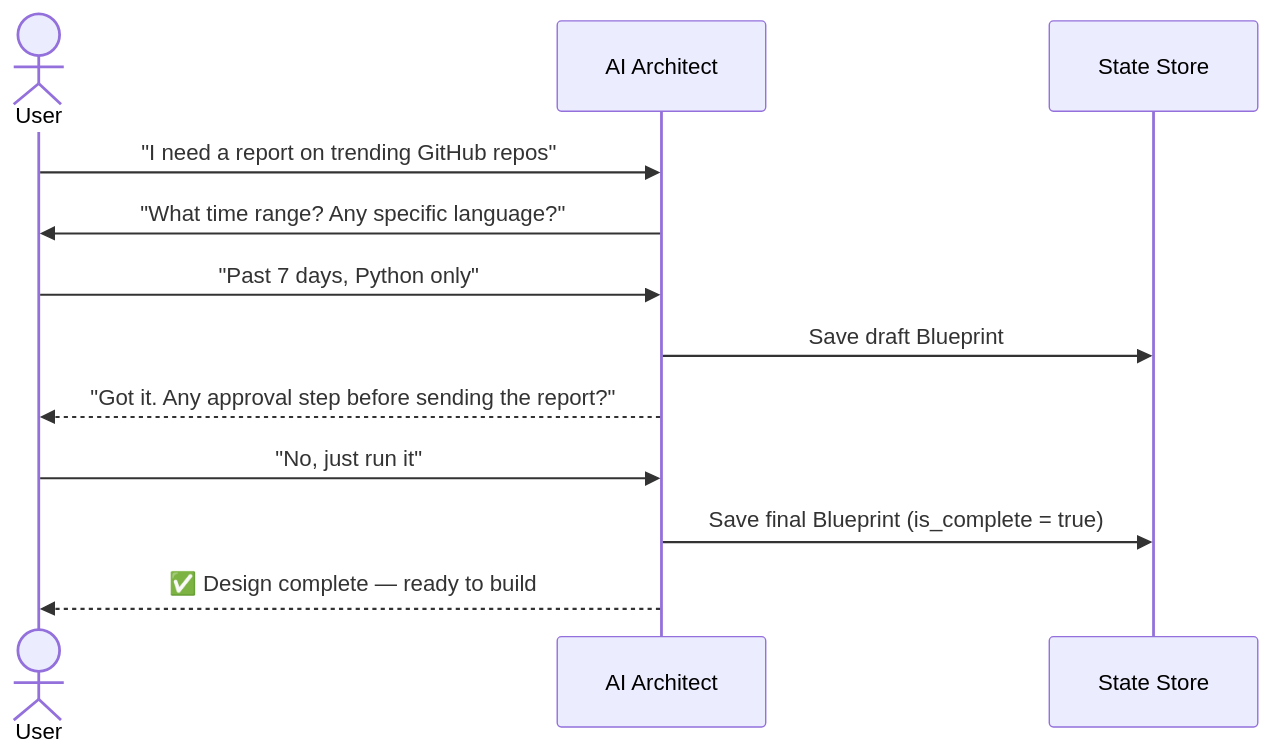
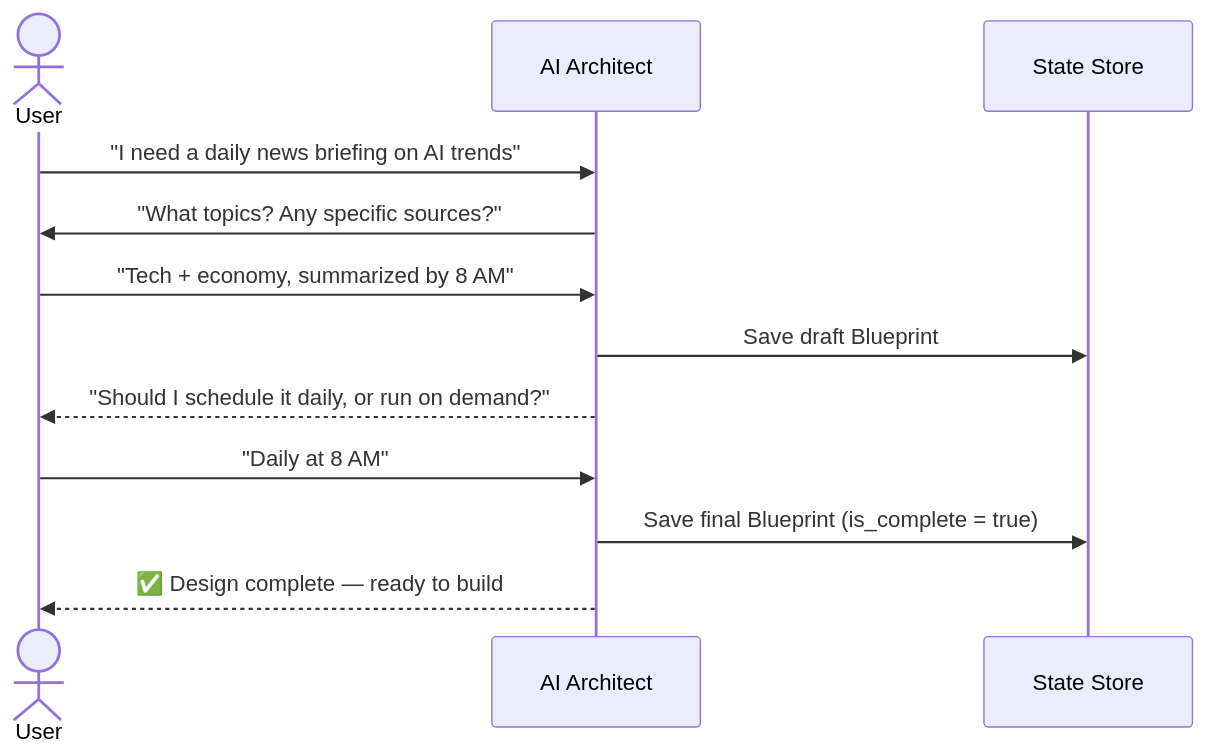
The third of 14 diagrams in README.md (whitebearhands/hierarch_public), drawn with Mermaid before and after one commit. The commit also changed other lines of this file, not shown here.

````diff
--- a/README.md
+++ b/README.md
@@ -90,15 +88,15 @@
 ```mermaid
 sequenceDiagram
     actor User
     participant Architect as AI Architect
     participant Store as State Store
 
-    User->>Architect: "I need a report on trending GitHub repos"
-    Architect->>User: "What time range? Any specific language?"
-    User->>Architect: "Past 7 days, Python only"
+    User->>Architect: "I need a daily news briefing on AI trends"
+    Architect->>User: "What topics? Any specific sources?"
+    User->>Architect: "Tech + economy, summarized by 8 AM"
     Architect->>Store: Save draft Blueprint
-    Architect-->>User: "Got it. Any approval step before sending the report?"
-    User->>Architect: "No, just run it"
+    Architect-->>User: "Should I schedule it daily, or run on demand?"
+    User->>Architect: "Daily at 8 AM"
     Architect->>Store: Save final Blueprint (is_complete = true)
     Architect-->>User: ✅ Design complete — ready to build
 ```
````
